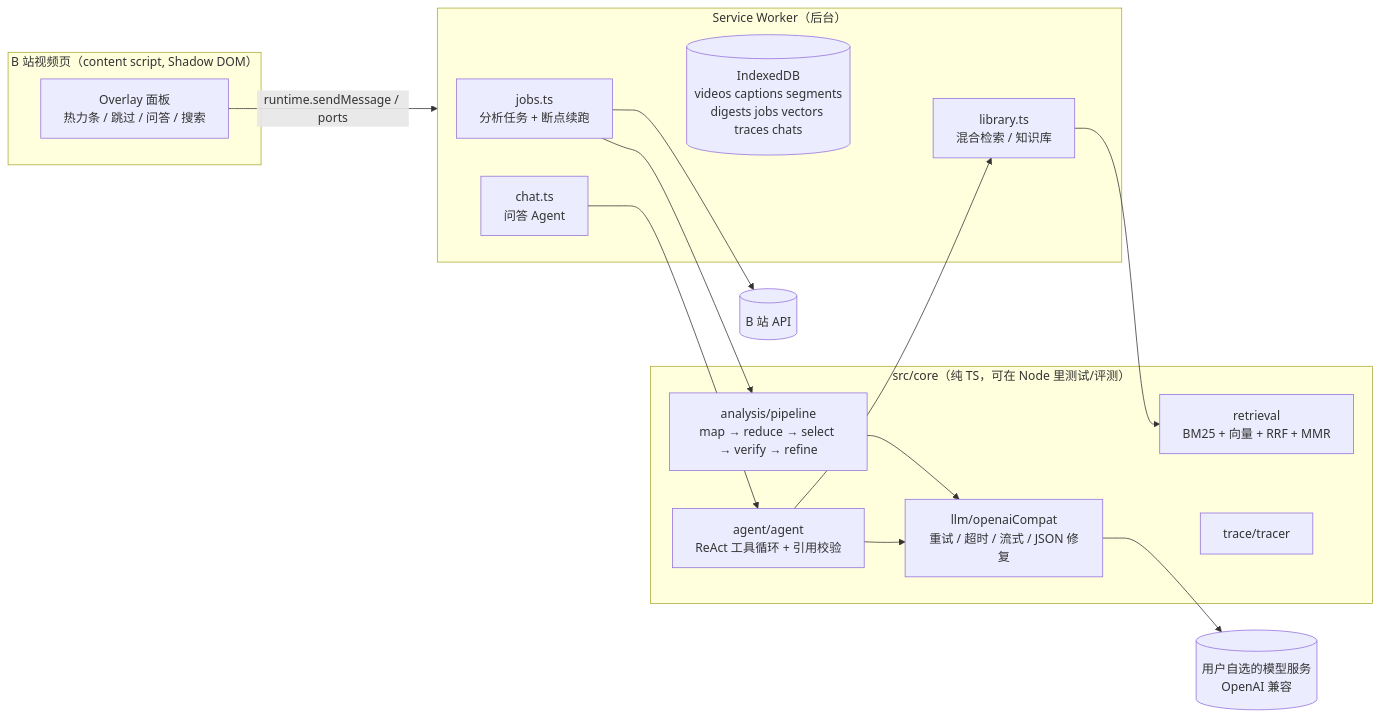
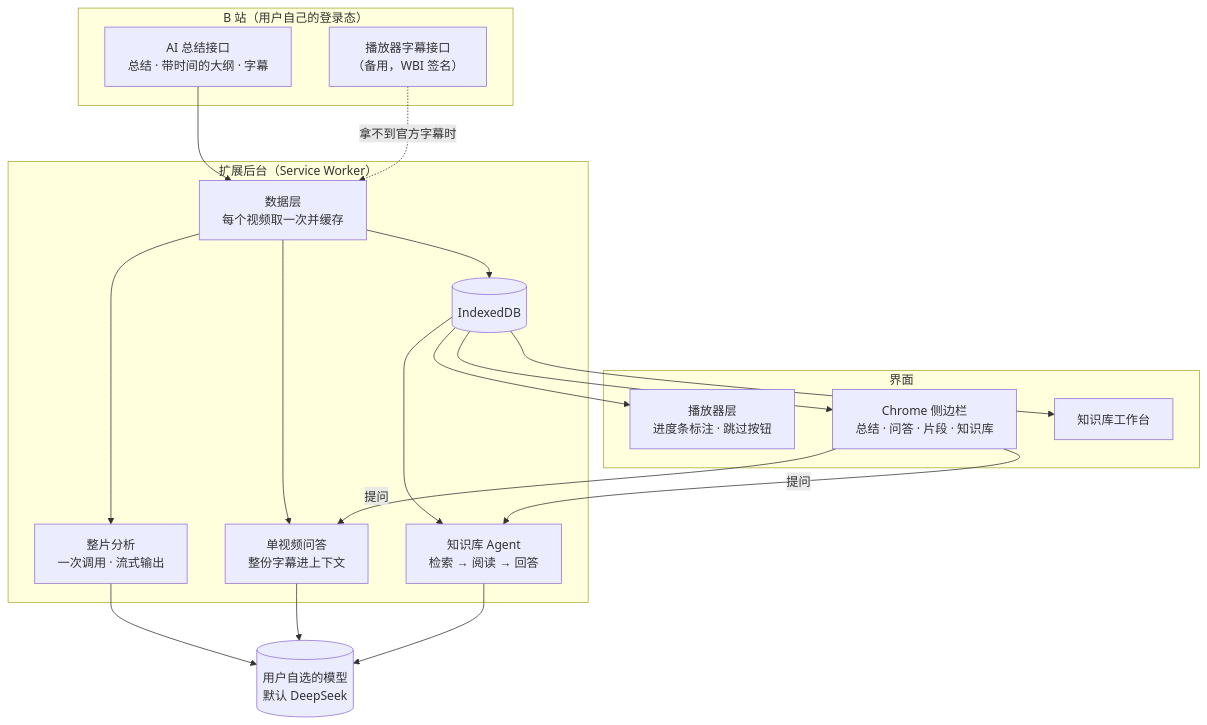
One commit to Crisply2404/BilibiliDry changed the diagram in docs/ARCHITECTURE.md. Above: the diagram before and after it, drawn with Mermaid. The commit also changed other lines of this file and 87 other files, not shown here.

````diff
--- a/docs/ARCHITECTURE.md
+++ b/docs/ARCHITECTURE.md
@@ -7,31 +7,28 @@
 ```mermaid
-flowchart LR
-  subgraph Page["B 站视频页（content script, Shadow DOM）"]
-    O[Overlay 面板<br/>热力条 / 跳过 / 问答 / 搜索]
+flowchart TB
+  subgraph Bili["B 站（用户自己的登录态）"]
+    O["AI 总结接口<br/>总结 · 带时间的大纲 · 字幕"]
+    P["播放器字幕接口<br/>（备用，WBI 签名）"]
   end
-  subgraph SW["Service Worker（后台）"]
-    J[jobs.ts<br/>分析任务 + 断点续跑]
-    C[chat.ts<br/>问答 Agent]
-    L[library.ts<br/>混合检索 / 知识库]
-    DB[(IndexedDB<br/>videos captions segments<br/>digests jobs vectors traces chats)]
+  subgraph SW["扩展后台（Service Worker）"]
+    D["数据层<br/>每个视频取一次并缓存"]
+    A["整片分析<br/>一次调用 · 流式输出"]
+    Q["单视频问答<br/>整份字幕进上下文"]
+    L["知识库 Agent<br/>检索 → 阅读 → 回答"]
+    DB[("IndexedDB")]
   end
-  subgraph Core["src/core（纯 TS，可在 Node 里测试/评测）"]
-    P[analysis/pipeline<br/>map → reduce → select → verify → refine]
-    A[agent/agent<br/>ReAct 工具循环 + 引用校验]
-    R[retrieval<br/>BM25 + 向量 + RRF + MMR]
-    LLM[llm/openaiCompat<br/>重试 / 超时 / 流式 / JSON 修复]
-    T[trace/tracer]
+  subgraph UI["界面"]
+    PL["播放器层<br/>进度条标注 · 跳过按钮"]
+    SP["Chrome 侧边栏<br/>总结 · 问答 · 片段 · 知识库"]
+    WB["知识库工作台"]
   end
-  B[(B 站 API)]
-  M[(用户自选的模型服务<br/>OpenAI 兼容)]
-  O -- "runtime.sendMessage / ports" --> SW
-  J --> P
-  C --> A
-  A --> L
-  L --> R
-  P --> LLM
-  A --> LLM
-  LLM --> M
-  J --> B
-  SW --> DB
+  M[("用户自选的模型<br/>默认 DeepSeek")]
+  O --> D
+  P -.拿不到官方字幕时.-> D
+  D --> DB
+  D --> A & Q
+  DB --> L
+  A & Q & L --> M
+  DB --> PL & SP & WB
+  SP -- 提问 --> Q & L
 ```
````
